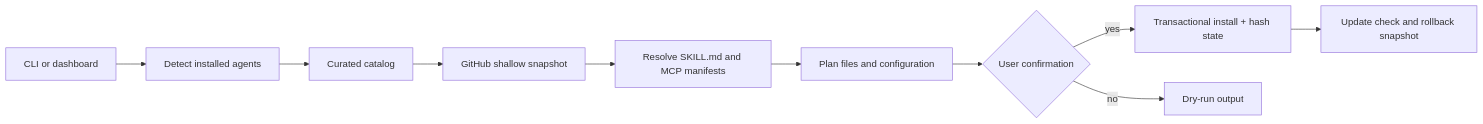
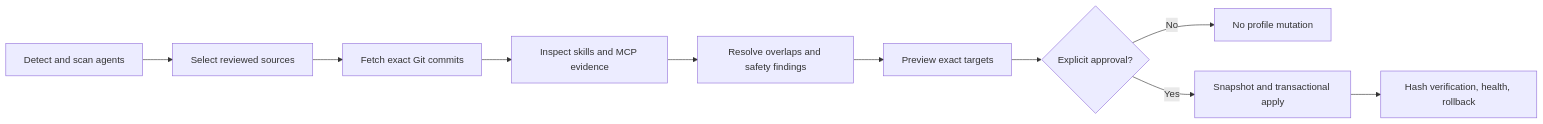
The diagram in README.md (VirajMishra1/loadout), drawn with Mermaid before and after one commit. The commit also changed other lines of this file and 26 other files, not shown here.

````diff
--- a/README.md
+++ b/README.md
@@ -396,12 +295,12 @@
 ```mermaid
 flowchart LR
-  A[CLI or dashboard] --> B[Detect installed agents]
-  B --> C[Curated catalog]
-  C --> D[GitHub shallow snapshot]
-  D --> E[Resolve SKILL.md and MCP manifests]
-  E --> F[Plan files and configuration]
-  F --> G{User confirmation}
-  G -->|yes| H[Transactional install + hash state]
-  H --> I[Update check and rollback snapshot]
-  G -->|no| J[Dry-run output]
+  A["Detect and scan agents"] --> B["Select reviewed sources"]
+  B --> C["Fetch exact Git commits"]
+  C --> D["Inspect skills and MCP evidence"]
+  D --> E["Resolve overlaps and safety findings"]
+  E --> F["Preview exact targets"]
+  F --> G{"Explicit approval?"}
+  G -->|No| H["No profile mutation"]
+  G -->|Yes| I["Snapshot and transactional apply"]
+  I --> J["Hash verification, health, rollback"]
 ```
````
